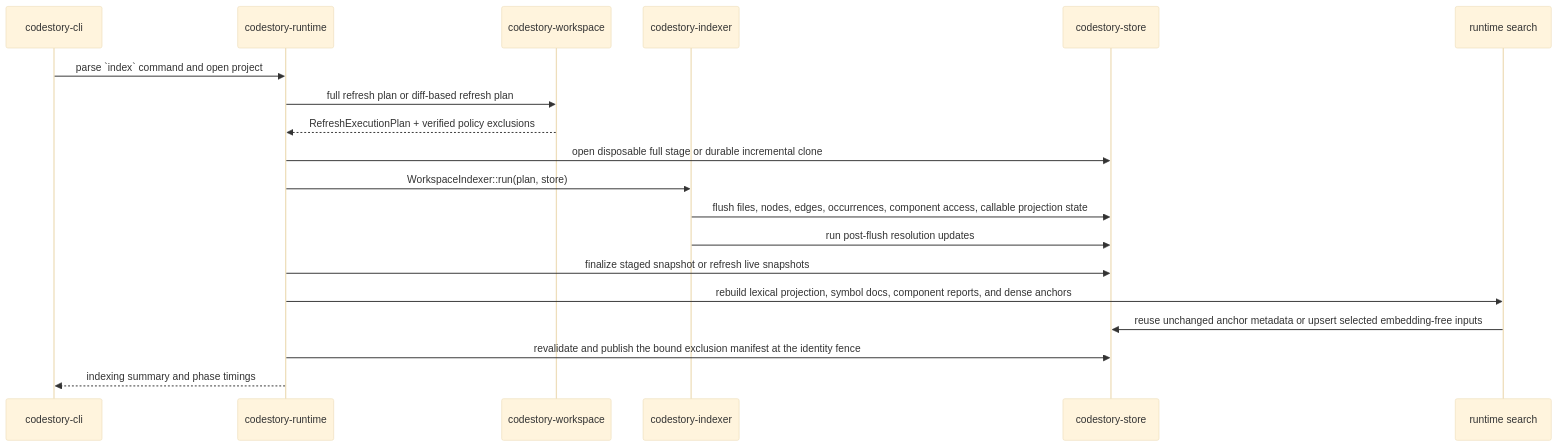
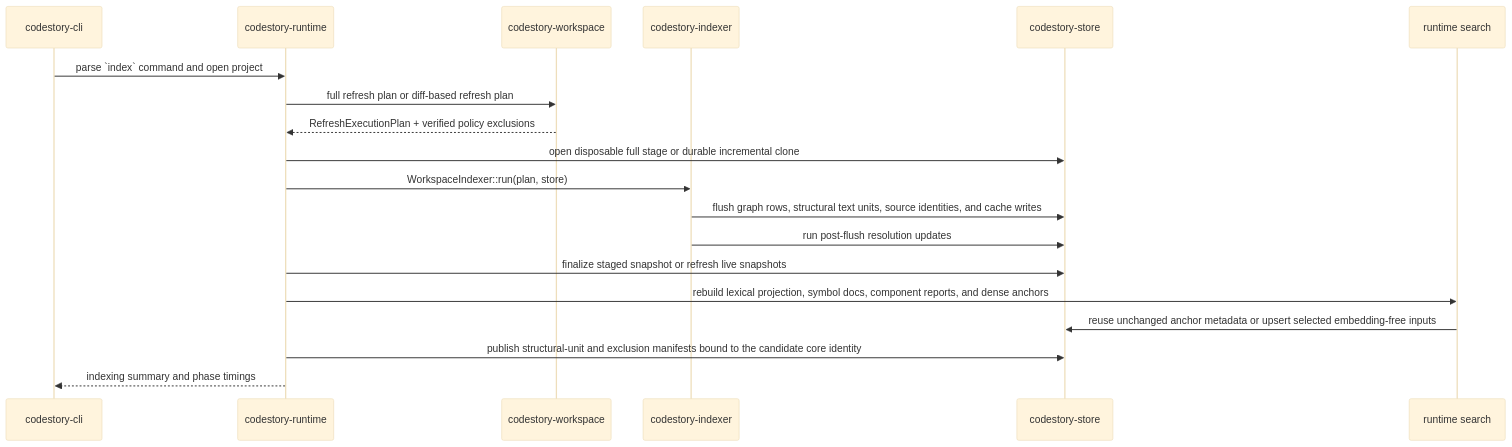
Before and after one commit to TheGreenCedar/CodeStory: the first of 3 diagrams in docs/architecture/indexing-pipeline.md, drawn with Mermaid (base theme). The commit also changed other lines of this file and 25 other files, not shown here.

Commit message:
publish verified structural units

````diff
--- a/docs/architecture/indexing-pipeline.md
+++ b/docs/architecture/indexing-pipeline.md
@@ -18,22 +18,22 @@
 ```mermaid
 sequenceDiagram
     participant CLI as codestory-cli
     participant Runtime as codestory-runtime
     participant Workspace as codestory-workspace
     participant Indexer as codestory-indexer
     participant Store as codestory-store
     participant Search as runtime search
 
     CLI->>Runtime: parse `index` command and open project
     Runtime->>Workspace: full refresh plan or diff-based refresh plan
     Workspace-->>Runtime: RefreshExecutionPlan + verified policy exclusions
     Runtime->>Store: open disposable full stage or durable incremental clone
     Runtime->>Indexer: WorkspaceIndexer::run(plan, store)
-    Indexer->>Store: flush files, nodes, edges, occurrences, component access, callable projection state
+    Indexer->>Store: flush graph rows, structural text units, source identities, and cache writes
     Indexer->>Store: run post-flush resolution updates
     Runtime->>Store: finalize staged snapshot or refresh live snapshots
     Runtime->>Search: rebuild lexical projection, symbol docs, component reports, and dense anchors
     Search->>Store: reuse unchanged anchor metadata or upsert selected embedding-free inputs
-    Runtime->>Store: revalidate and publish the bound exclusion manifest at the identity fence
+    Runtime->>Store: publish structural-unit and exclusion manifests bound to the candidate core identity
     Runtime-->>CLI: indexing summary and phase timings
 ```
````
